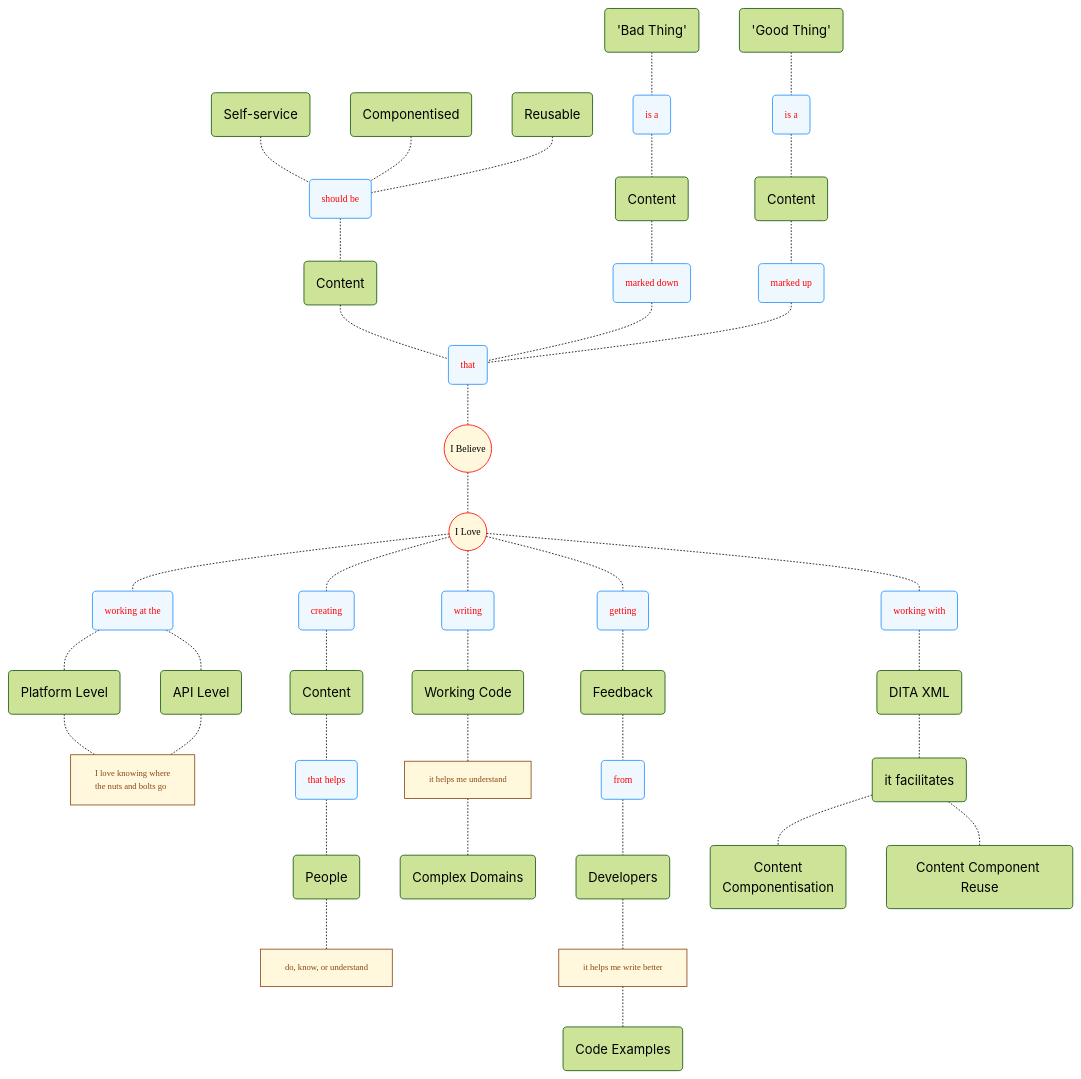
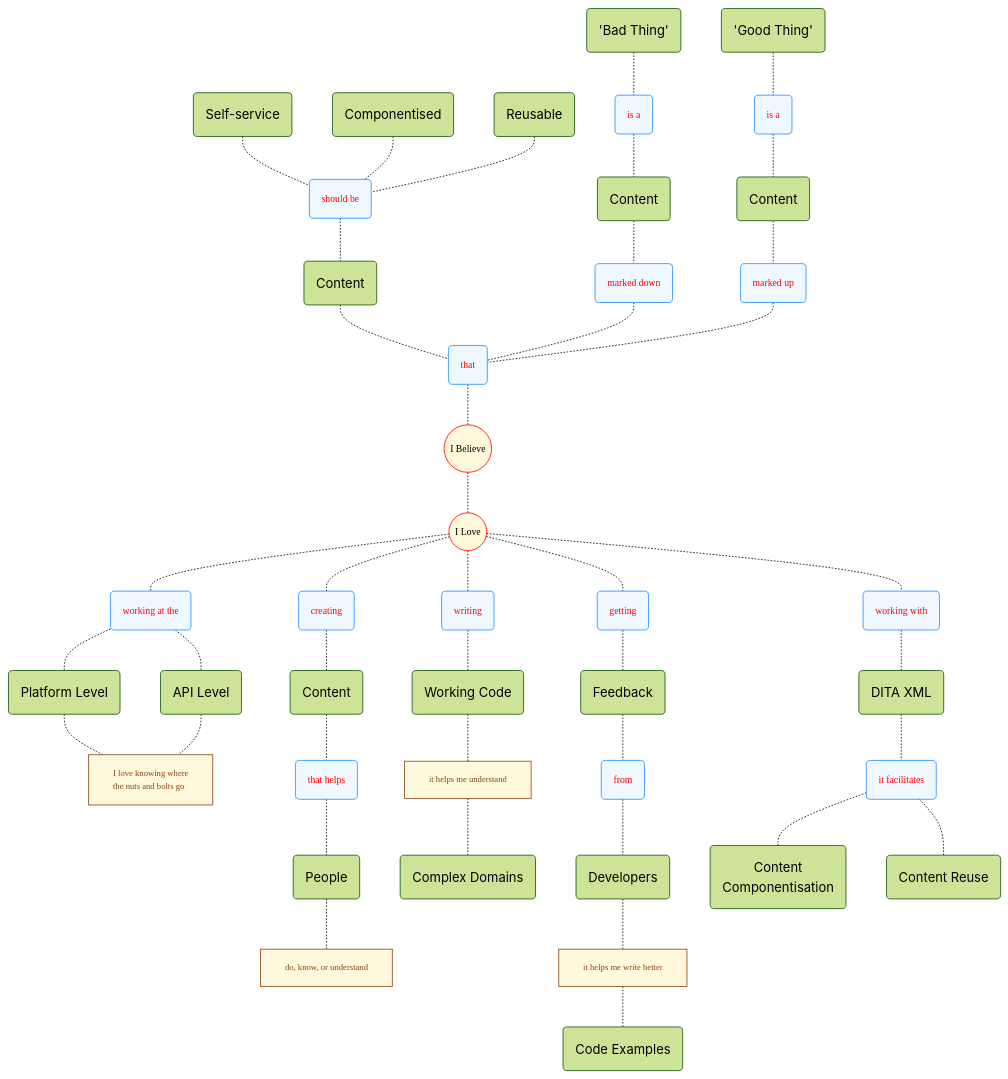
One commit to joe-dorward/samples changed the first of 2 diagrams in my_mindmap_02.md. Above: the diagram before and after it, drawn with Mermaid.

```diff
--- a/my_mindmap_02.md
+++ b/my_mindmap_02.md
@@ -91,9 +91,9 @@
   DITA_XML("DITA XML")
   IT_FACILITATES("it facilitates")
   CONTENT_COMPONENTISATION("Content<br/>Componentisation")
-  CONTENT_REUSE("Content Component Reuse")
+  CONTENT_REUSE("Content Reuse")
 
-  class WORKING_WITH,FACILITATES Verb;
+  class WORKING_WITH,IT_FACILITATES Verb;
 
   I_LOVE-.-WORKING_WITH-.-DITA_XML-.-
   IT_FACILITATES-.-CONTENT_COMPONENTISATION
```
